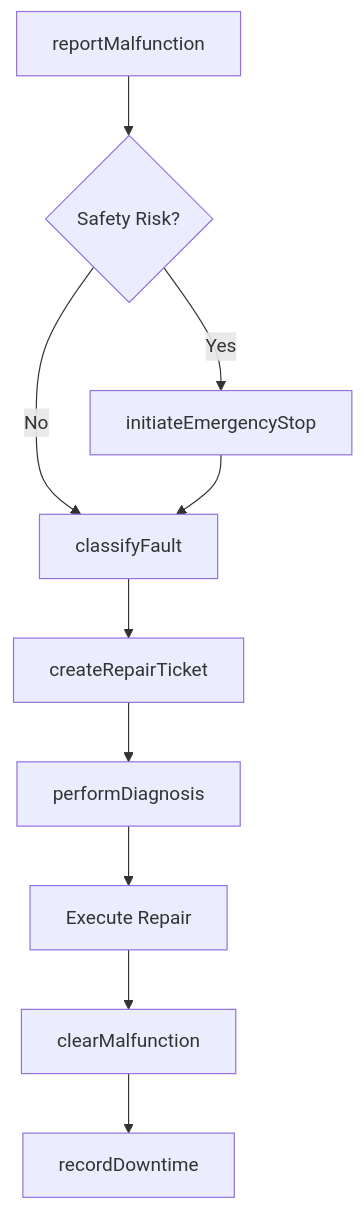
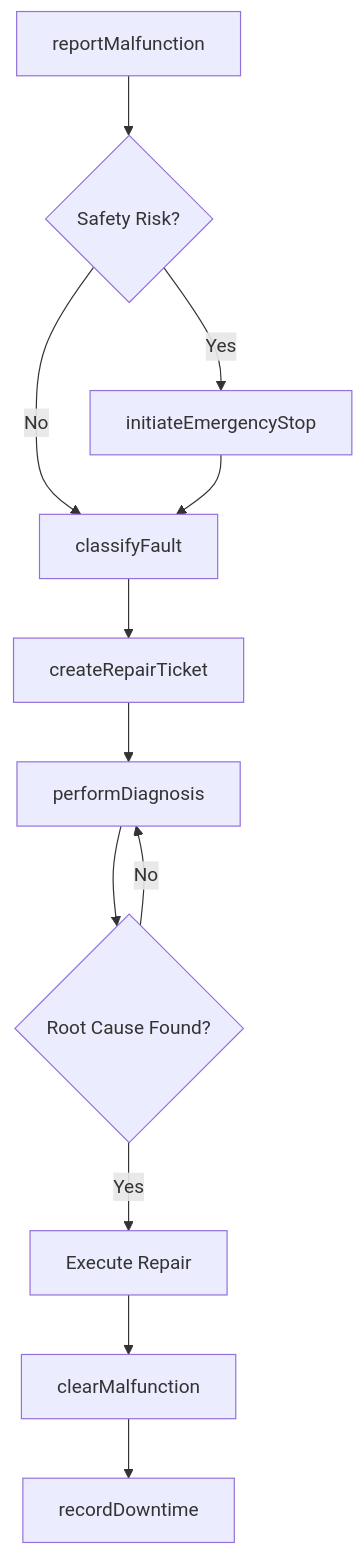
One commit to dot-org-ai/tasks.org.ai changed the third of 4 diagrams in MonitoringProcessesMaterialsOrSurroundings/MonitorEquipmentOperation/WatchOperatingEquipmentDetectMalfunctions.mdx. Above: the diagram before and after it, drawn with Mermaid. The commit also changed other lines of this file and 504 other files, not shown here.

First line of the commit message:
feat: Add ER diagrams, state diagrams, and workflow improvements to 96 DWA task files

````diff
--- a/MonitoringProcessesMaterialsOrSurroundings/MonitorEquipmentOperation/WatchOperatingEquipmentDetectMalfunctions.mdx
+++ b/MonitoringProcessesMaterialsOrSurroundings/MonitorEquipmentOperation/WatchOperatingEquipmentDetectMalfunctions.mdx
@@ -87,12 +116,14 @@
 ```mermaid
 graph TD
     A[reportMalfunction] --> B{Safety Risk?}
     B -->|Yes| C[initiateEmergencyStop]
     B -->|No| D[classifyFault]
     C --> D
     D --> E[createRepairTicket]
     E --> F[performDiagnosis]
-    F --> G[Execute Repair]
-    G --> H[clearMalfunction]
-    H --> I[recordDowntime]
+    F --> G{Root Cause Found?}
+    G -->|Yes| H[Execute Repair]
+    G -->|No| F
+    H --> I[clearMalfunction]
+    I --> J[recordDowntime]
 ```
````
